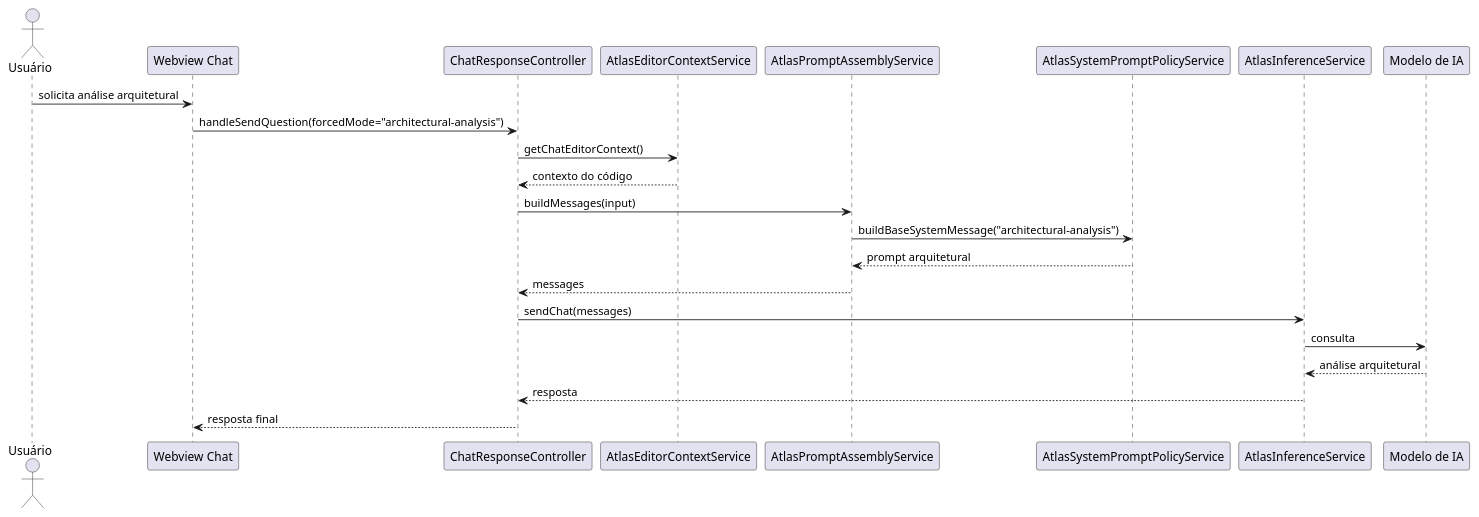
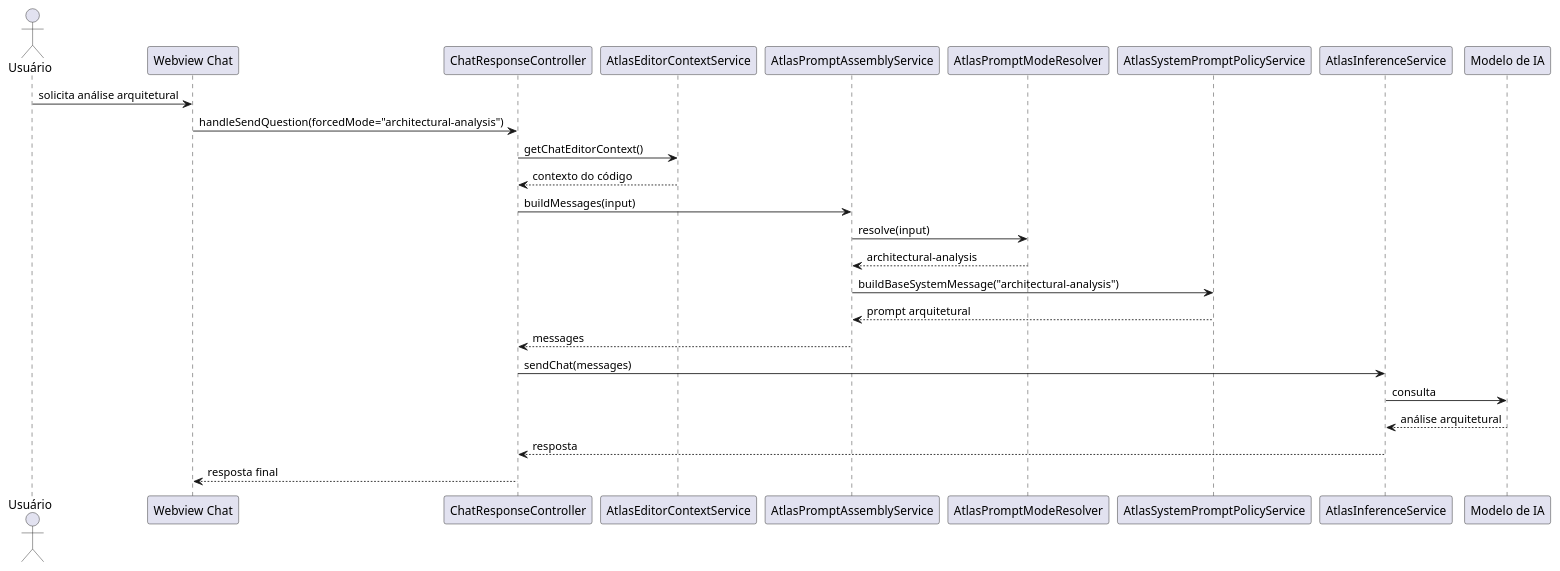
Before and after one commit to JVictorVI/ATLAS: the sixth of 38 diagrams in docs/plantuml-diagramas-por-caso-de-uso-atlas.md, drawn with PlantUML. The commit also changed other lines of this file and 2 other files, not shown here.

````diff
--- a/docs/plantuml-diagramas-por-caso-de-uso-atlas.md
+++ b/docs/plantuml-diagramas-por-caso-de-uso-atlas.md
@@ -189,27 +224,30 @@
 ```plantuml
 @startuml
 skinparam shadowing false
 actor Usuário
 participant "Webview Chat" as Webview
 participant ChatResponseController as Response
 participant AtlasEditorContextService as EditorContext
 participant AtlasPromptAssemblyService as Prompt
+participant AtlasPromptModeResolver as Resolver
 participant AtlasSystemPromptPolicyService as Policy
 participant AtlasInferenceService as Inference
 participant "Modelo de IA" as Model
 
 Usuário -> Webview : solicita análise arquitetural
 Webview -> Response : handleSendQuestion(forcedMode="architectural-analysis")
 Response -> EditorContext : getChatEditorContext()
 EditorContext --> Response : contexto do código
 Response -> Prompt : buildMessages(input)
+Prompt -> Resolver : resolve(input)
+Resolver --> Prompt : architectural-analysis
 Prompt -> Policy : buildBaseSystemMessage("architectural-analysis")
 Policy --> Prompt : prompt arquitetural
 Prompt --> Response : messages
 Response -> Inference : sendChat(messages)
 Inference -> Model : consulta
 Model --> Inference : análise arquitetural
 Inference --> Response : resposta
 Response --> Webview : resposta final
 @enduml
 ```
````
